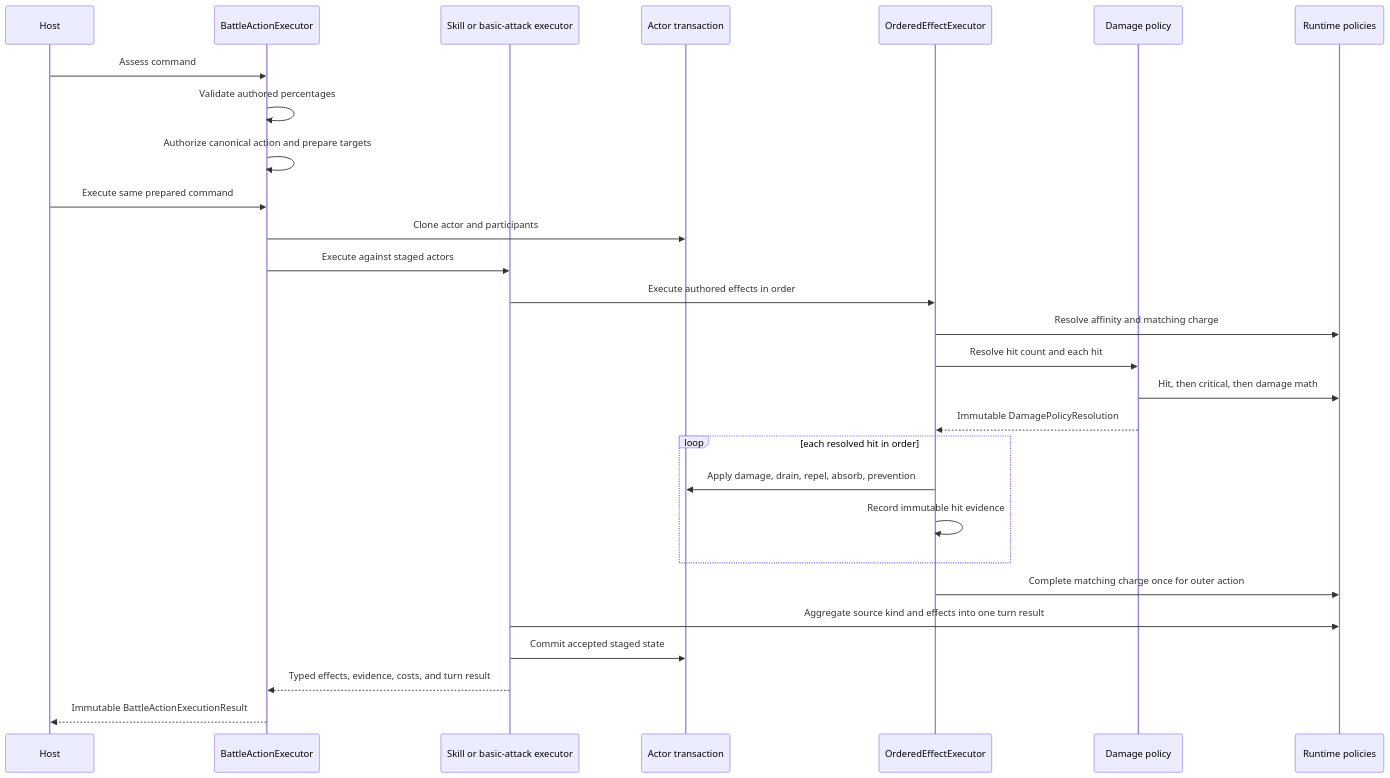
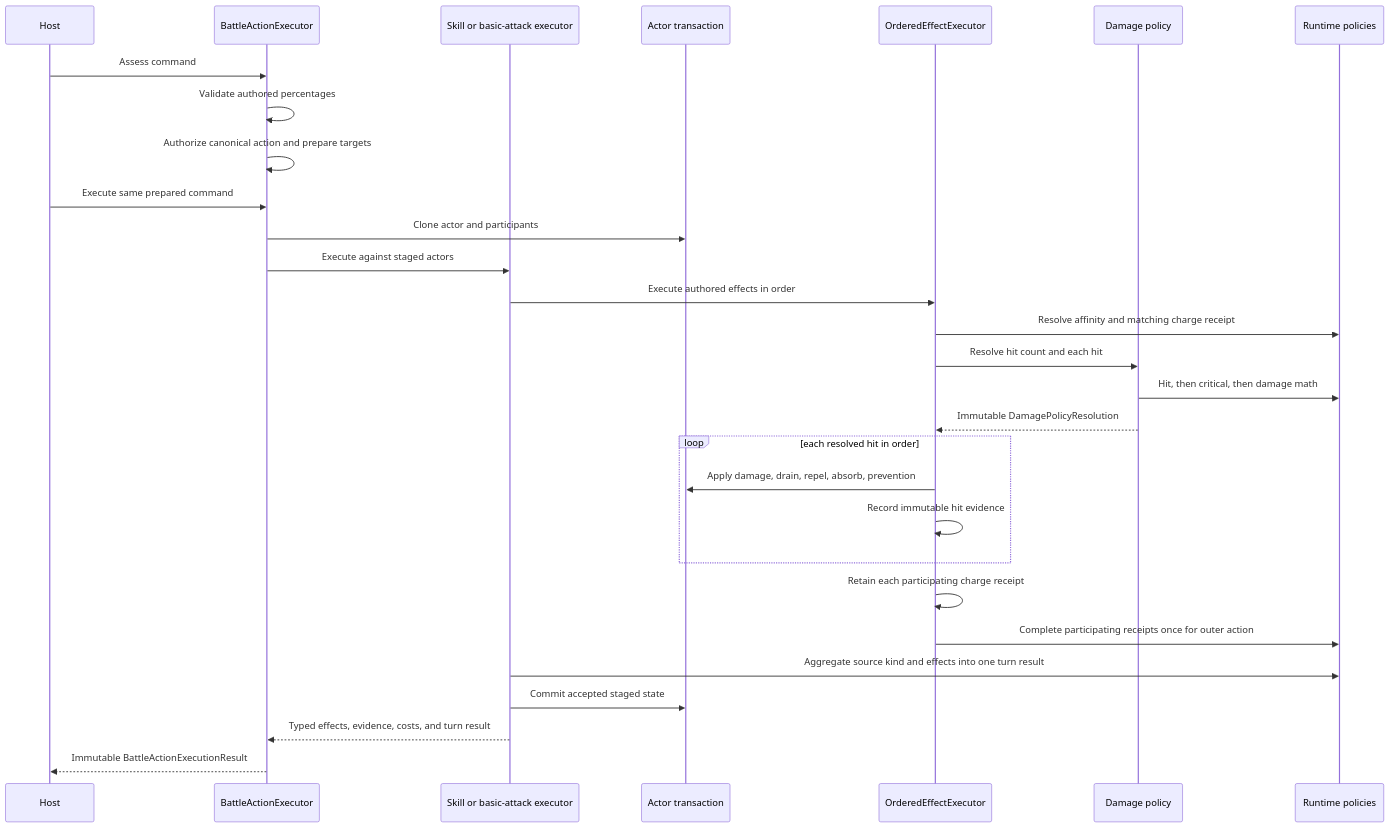
One commit to KayelC/Convergence changed the second of 8 diagrams in docs/technical/combat-resolution-pipeline.md. Above: the diagram before and after it, drawn with Mermaid. The commit also changed other lines of this file and 14 other files, not shown here.

````diff
--- a/docs/technical/combat-resolution-pipeline.md
+++ b/docs/technical/combat-resolution-pipeline.md
@@ -43,31 +43,32 @@
 ```mermaid
 sequenceDiagram
     participant H as Host
     participant A as BattleActionExecutor
     participant S as Skill or basic-attack executor
     participant T as Actor transaction
     participant O as OrderedEffectExecutor
     participant D as Damage policy
     participant P as Runtime policies
 
     H->>A: Assess command
     A->>A: Validate authored percentages
     A->>A: Authorize canonical action and prepare targets
     H->>A: Execute same prepared command
     A->>T: Clone actor and participants
     A->>S: Execute against staged actors
     S->>O: Execute authored effects in order
-    O->>P: Resolve affinity and matching charge
+    O->>P: Resolve affinity and matching charge receipt
     O->>D: Resolve hit count and each hit
     D->>P: Hit, then critical, then damage math
     D-->>O: Immutable DamagePolicyResolution
     loop each resolved hit in order
         O->>T: Apply damage, drain, repel, absorb, prevention
         O->>O: Record immutable hit evidence
     end
-    O->>P: Complete matching charge once for outer action
+    O->>O: Retain each participating charge receipt
+    O->>P: Complete participating receipts once for outer action
     S->>P: Aggregate source kind and effects into one turn result
     S->>T: Commit accepted staged state
     S-->>A: Typed effects, evidence, costs, and turn result
     A-->>H: Immutable BattleActionExecutionResult
 ```
````
